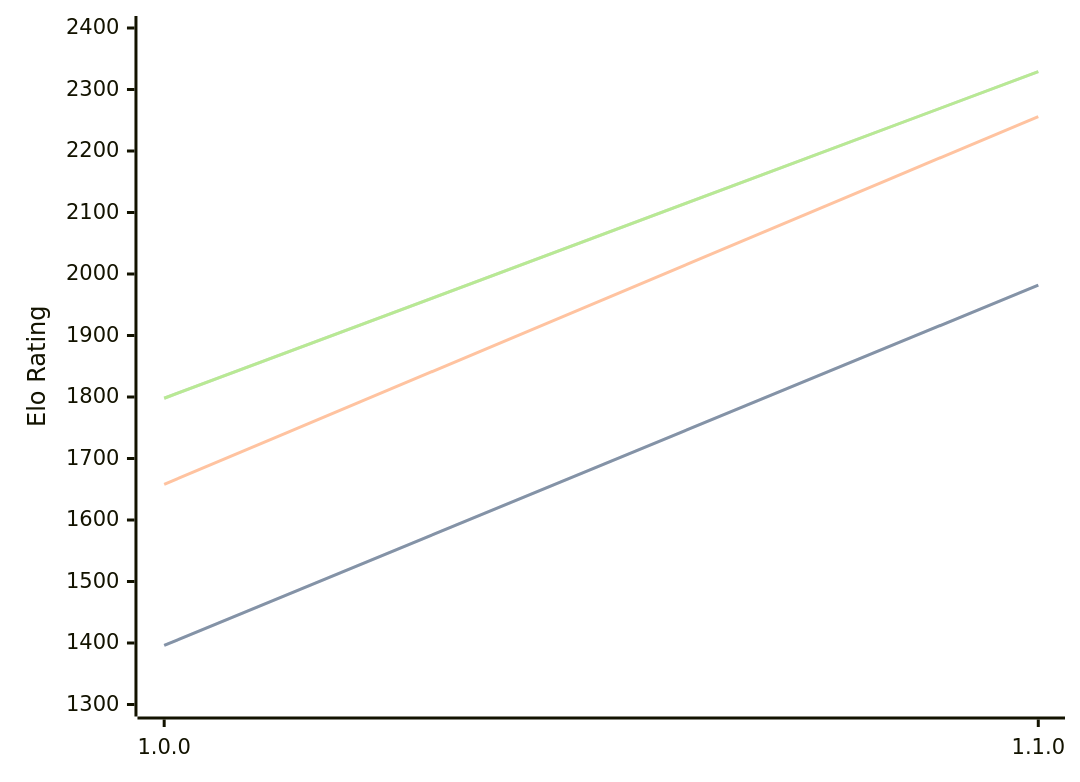
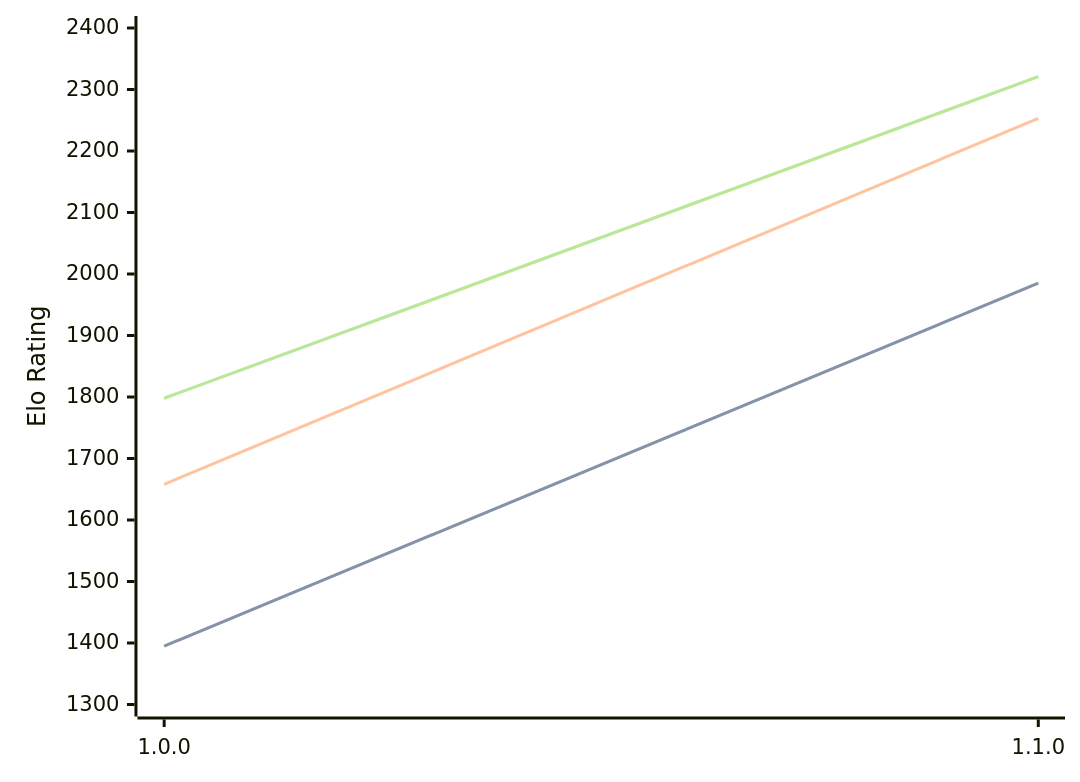
Before and after one commit to computer-chess-index/cci: the diagram in engines/Akerbeltz.md, drawn with Mermaid. The commit also changed other lines of this file, not shown here.

Commit message:
Update CCI Ratings (ELO VLTC) - 2026-05-07

````diff
--- a/engines/Akerbeltz.md
+++ b/engines/Akerbeltz.md
@@ -32,11 +32,11 @@
 ```mermaid
 %%{init: {"theme":"base","themeVariables":{"seriesColors:['#a3a3a3','#222221','#faa371']}}}%%
 xychart-beta
   x-axis ["1.0.0", "1.1.0"]
   y-axis "Elo Rating" 1300 --> 2400
-  line "STC (8.0+0.08s)" [1396, 1982]
-  line "STC (8.0+0.08s)" [1396, 1982]
-  line "LTC (60.0+0.60s)" [1658, 2256]
-  line "VLTC (2m24s+1.12s)" [1798, 2329]
-  line "VLTC (2m24s+1.12s)" [1798, 2329]
+  line "STC (8.0+0.08s)" [1395, 1985]
+  line "STC (8.0+0.08s)" [1395, 1985]
+  line "LTC (60.0+0.60s)" [1658, 2253]
+  line "VLTC (2m24s+1.12s)" [1798, 2321]
+  line "VLTC (2m24s+1.12s)" [1798, 2321]
 ```
````
